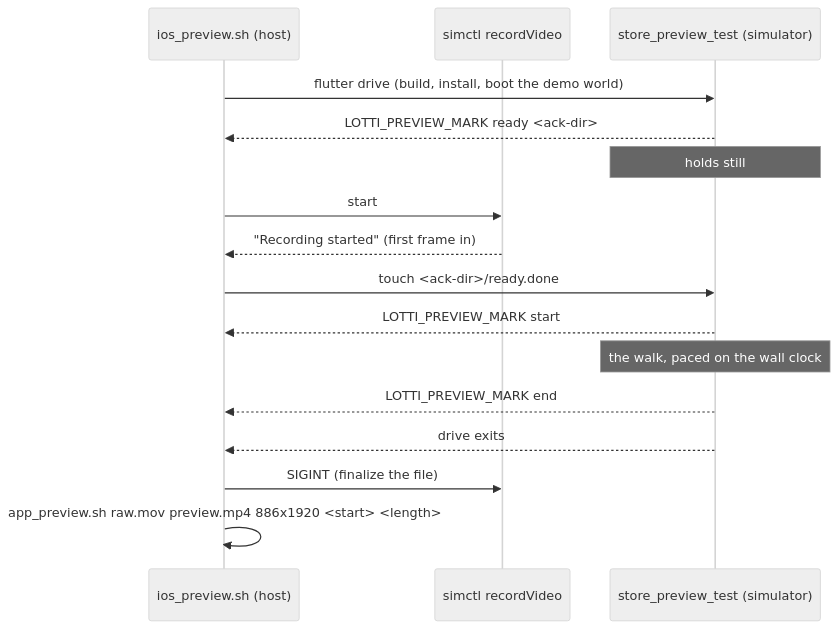
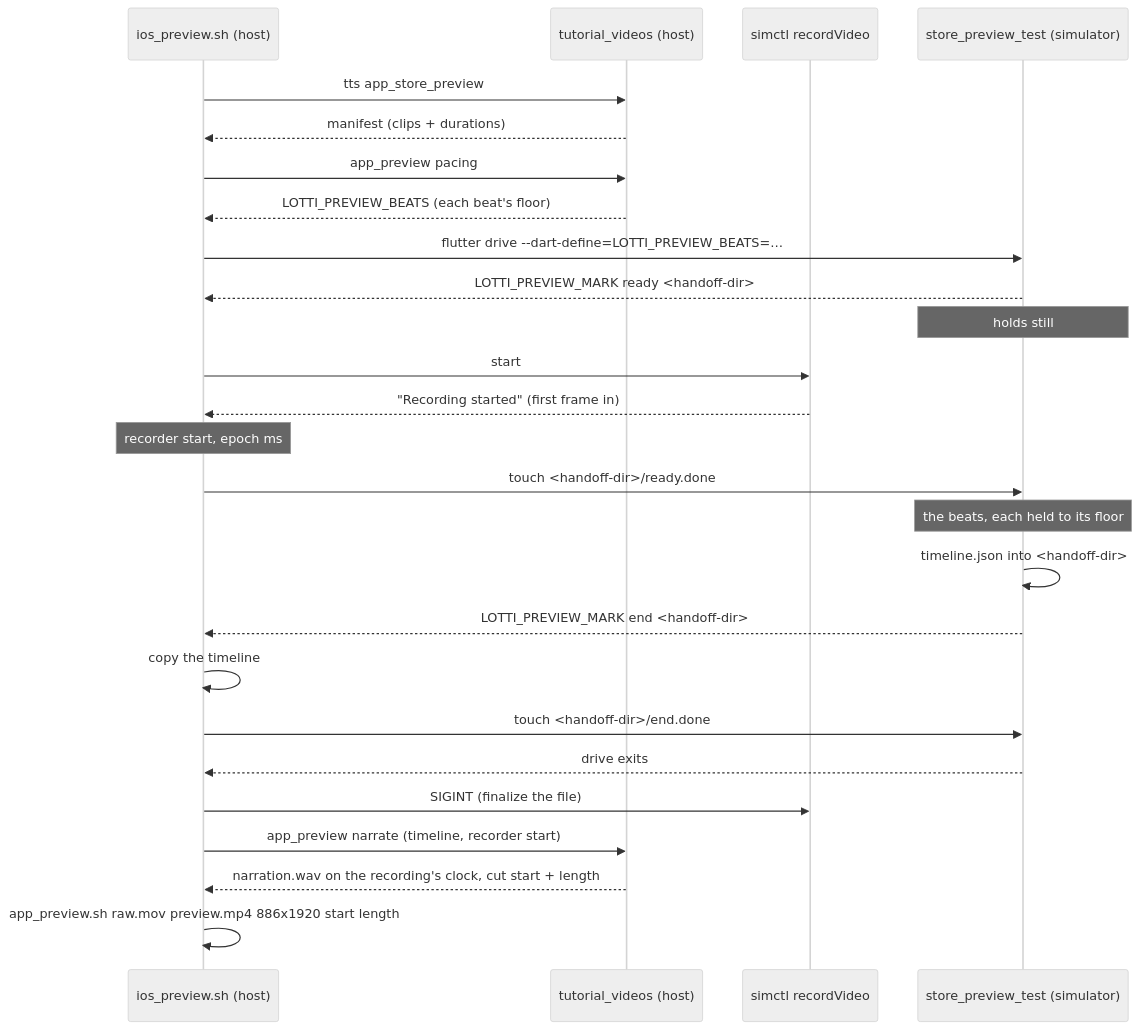
One commit to matthiasn/lotti changed the diagram in knowledge/conventions/screenshots.md. Above: the diagram before and after it, drawn with Mermaid (neutral theme). The commit also changed other lines of this file and 16 other files, not shown here.

Commit message:
feat: narrate the App Store App Preview with the tutorial TTS pipeline

````diff
--- a/knowledge/conventions/screenshots.md
+++ b/knowledge/conventions/screenshots.md
@@ -218,18 +237,28 @@
 ```mermaid
 sequenceDiagram
     participant S as ios_preview.sh (host)
+    participant T as tutorial_videos (host)
     participant R as simctl recordVideo
     participant W as store_preview_test (simulator)
-    S->>W: flutter drive (build, install, boot the demo world)
-    W-->>S: LOTTI_PREVIEW_MARK ready <ack-dir>
+    S->>T: tts app_store_preview
+    T-->>S: manifest (clips + durations)
+    S->>T: app_preview pacing
+    T-->>S: LOTTI_PREVIEW_BEATS (each beat's floor)
+    S->>W: flutter drive --dart-define=LOTTI_PREVIEW_BEATS=…
+    W-->>S: LOTTI_PREVIEW_MARK ready <handoff-dir>
     Note over W: holds still
     S->>R: start
     R-->>S: "Recording started" (first frame in)
-    S->>W: touch <ack-dir>/ready.done
-    W-->>S: LOTTI_PREVIEW_MARK start
-    Note over W: the walk, paced on the wall clock
-    W-->>S: LOTTI_PREVIEW_MARK end
+    Note over S: recorder start, epoch ms
+    S->>W: touch <handoff-dir>/ready.done
+    Note over W: the beats, each held to its floor
+    W->>W: timeline.json into <handoff-dir>
+    W-->>S: LOTTI_PREVIEW_MARK end <handoff-dir>
+    S->>S: copy the timeline
+    S->>W: touch <handoff-dir>/end.done
     W-->>S: drive exits
     S->>R: SIGINT (finalize the file)
-    S->>S: app_preview.sh raw.mov preview.mp4 886x1920 <start> <length>
+    S->>T: app_preview narrate (timeline, recorder start)
+    T-->>S: narration.wav on the recording's clock, cut start + length
+    S->>S: app_preview.sh raw.mov preview.mp4 886x1920 start length
 ```
````
